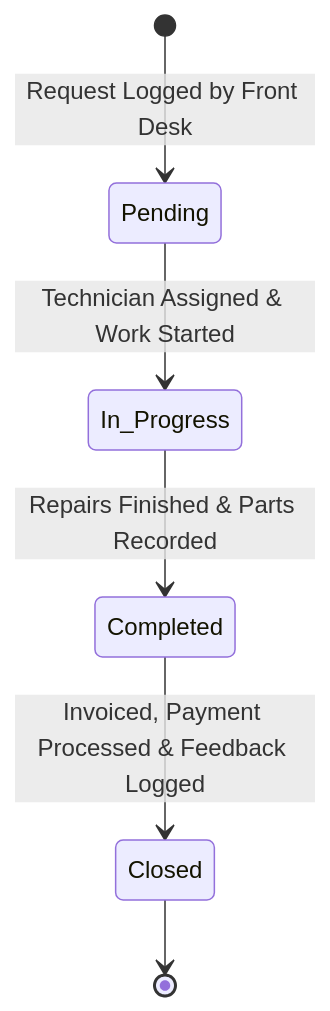
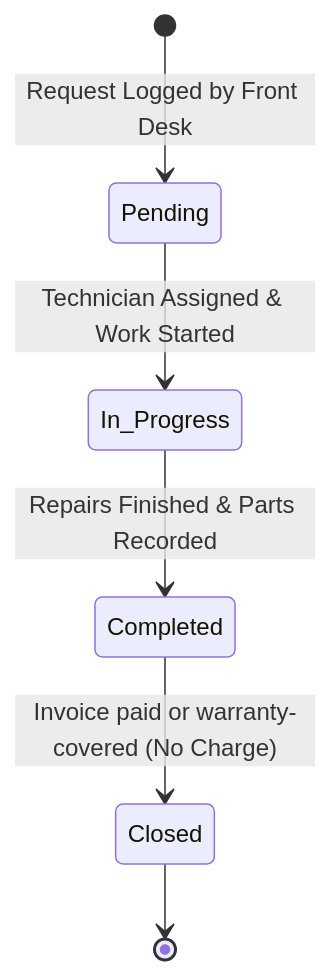
The fourth of 4 diagrams in TECHNICAL_SPECIFICATION.md (Mayen007/assis), drawn with Mermaid before and after one commit. The commit also changed other lines of this file and 16 other files, not shown here.

First line of the commit message:
Implement warranty coverage for invoices and update payment status options

````diff
--- a/TECHNICAL_SPECIFICATION.md
+++ b/TECHNICAL_SPECIFICATION.md
@@ -264,8 +265,8 @@
 ```mermaid
 stateDiagram-v2
     [*] --> Pending: Request Logged by Front Desk
     Pending --> In_Progress: Technician Assigned & Work Started
     In_Progress --> Completed: Repairs Finished & Parts Recorded
-    Completed --> Closed: Invoiced, Payment Processed & Feedback Logged
+    Completed --> Closed: Invoice paid or warranty-covered (No Charge)
     Closed --> [*]
 ```
````
